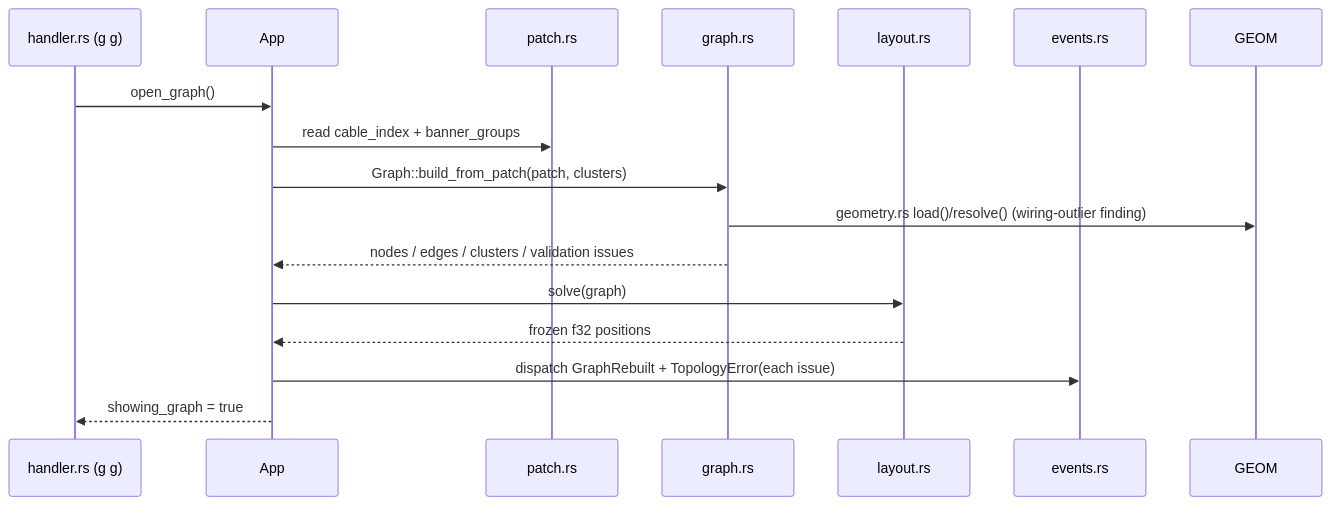
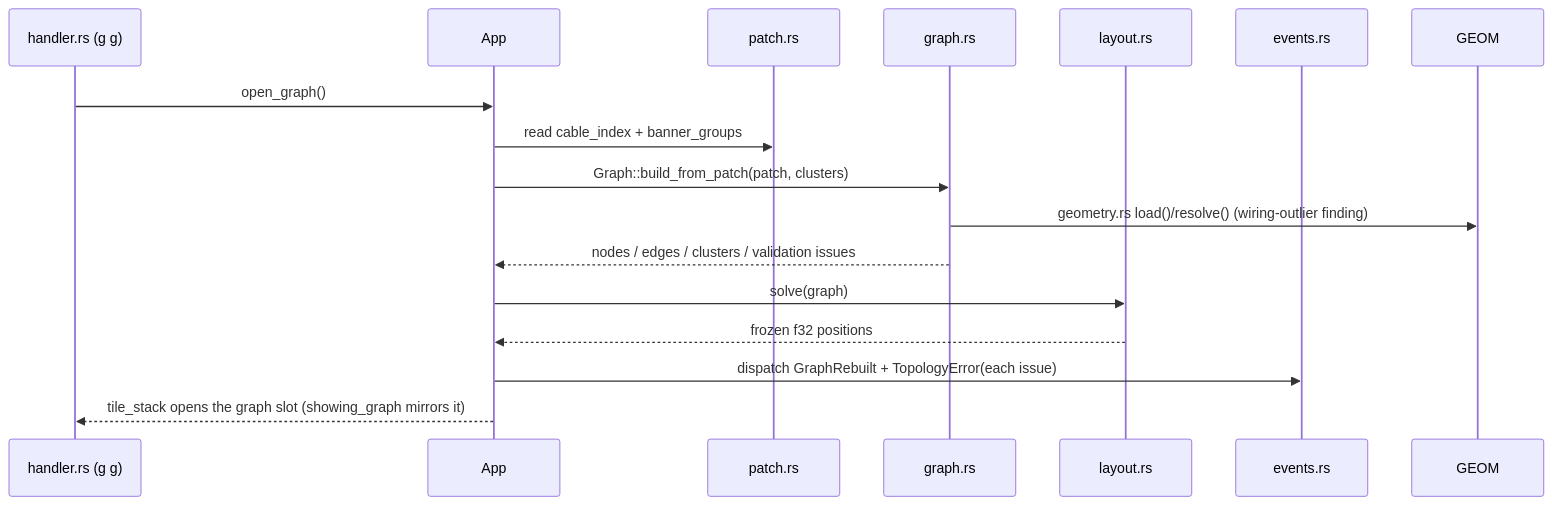
One commit to moonstruxx/droid-buddy changed the third of 5 diagrams in ARCHITECTURE.md. Above: the diagram before and after it, drawn with Mermaid. The commit also changed other lines of this file and 130 other files, not shown here.

````diff
--- a/ARCHITECTURE.md
+++ b/ARCHITECTURE.md
@@ -253,18 +254,18 @@
 ```mermaid
 sequenceDiagram
     participant H as handler.rs (g g)
     participant A as App
     participant P as patch.rs
     participant G as graph.rs
     participant L as layout.rs
     participant E as events.rs
     H->>A: open_graph()
     A->>P: read cable_index + banner_groups
     A->>G: Graph::build_from_patch(patch, clusters)
     G->>GEOM: geometry.rs load()/resolve() (wiring-outlier finding)
     G-->>A: nodes / edges / clusters / validation issues
     A->>L: solve(graph)
     L-->>A: frozen f32 positions
     A->>E: dispatch GraphRebuilt + TopologyError(each issue)
-    A-->>H: showing_graph = true
+    A-->>H: tile_stack opens the graph slot (showing_graph mirrors it)
 ```
````
